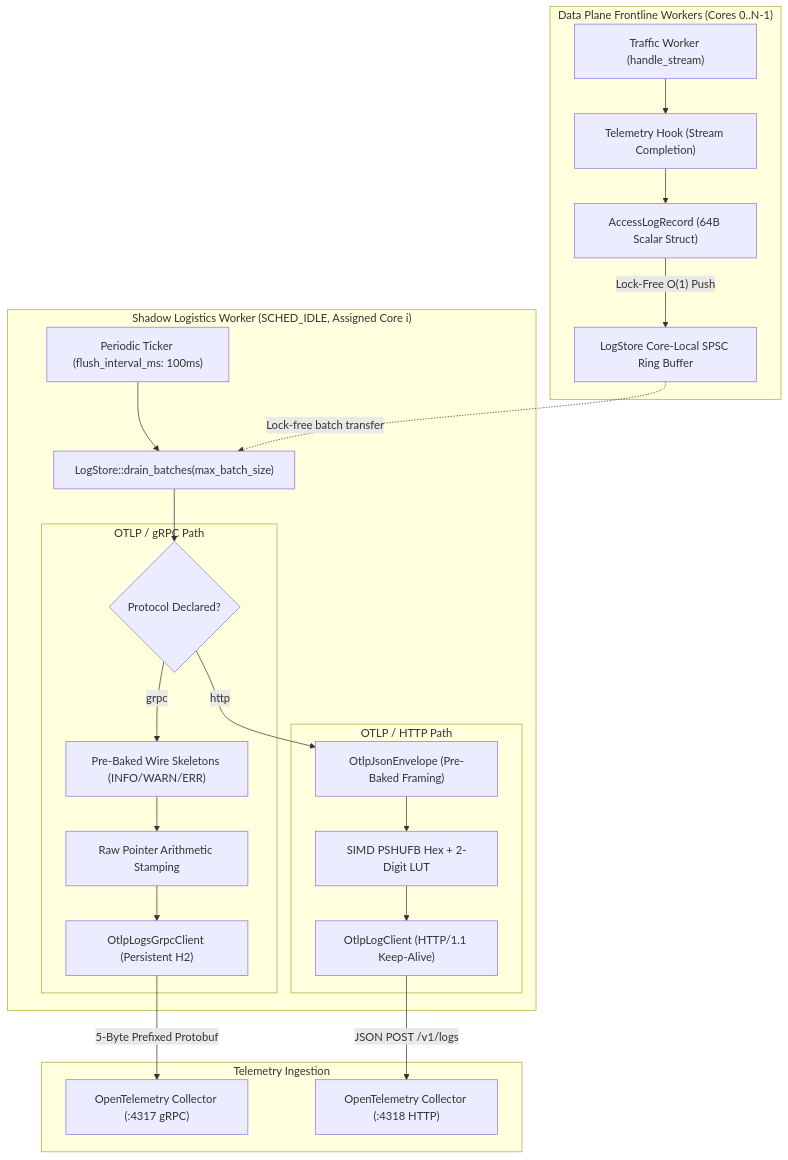
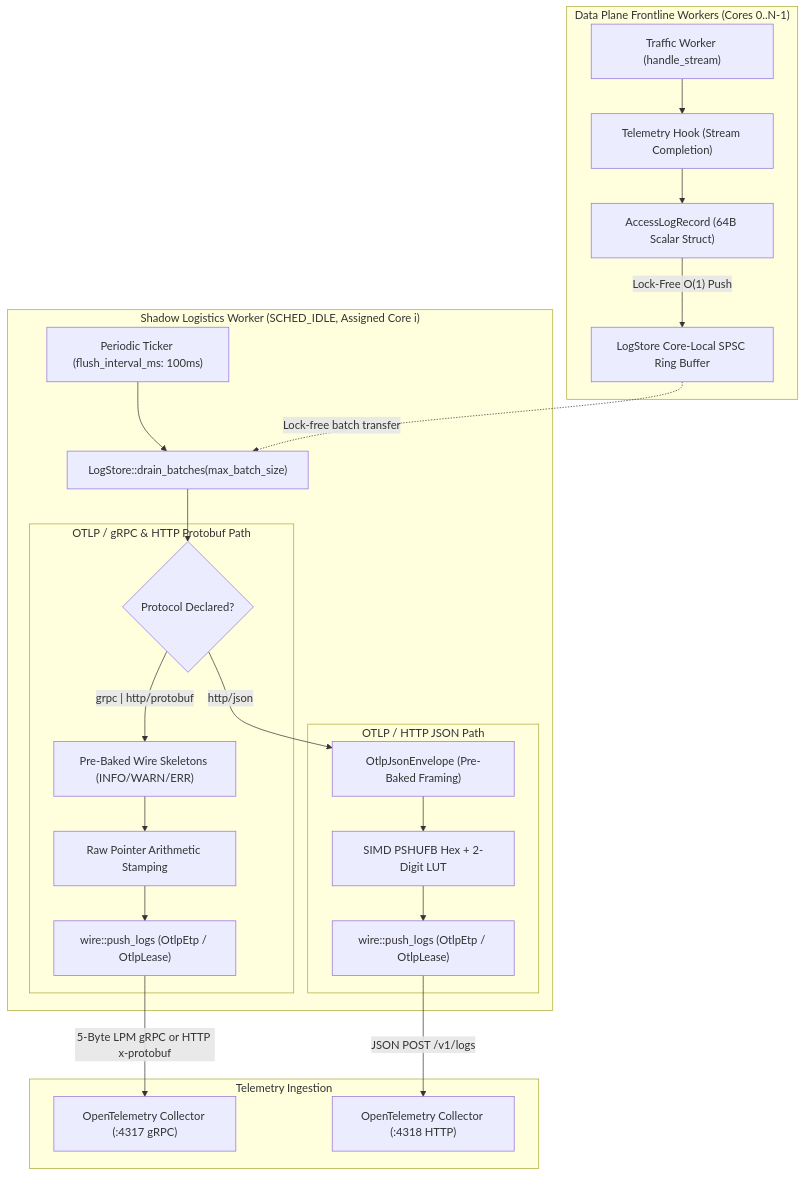
One commit to phucle996/velda-edge changed the diagram in crates/velda-plugin/src/background/otlp_log_shipper/ARCHITECTURE.md. Above: the diagram before and after it, drawn with Mermaid. The commit also changed other lines of this file and 106 other files, not shown here.

````diff
--- a/crates/velda-plugin/src/background/otlp_log_shipper/ARCHITECTURE.md
+++ b/crates/velda-plugin/src/background/otlp_log_shipper/ARCHITECTURE.md
@@ -19,48 +19,48 @@
 ```mermaid
 flowchart TD
     subgraph DataPlane["Data Plane Frontline Workers (Cores 0..N-1)"]
         FW["Traffic Worker (handle_stream)"]
         HOOK["Telemetry Hook (Stream Completion)"]
         RECORD["AccessLogRecord (64B Scalar Struct)"]
         RING["LogStore Core-Local SPSC Ring Buffer"]
 
         FW --> HOOK
         HOOK --> RECORD
         RECORD -->|"Lock-Free O(1) Push"| RING
     end
 
     subgraph ShadowWorker["Shadow Logistics Worker (SCHED_IDLE, Assigned Core i)"]
         LOOP["Periodic Ticker (flush_interval_ms: 100ms)"]
         DRAIN["LogStore::drain_batches(max_batch_size)"]
         MODE{"Protocol Declared?"}
 
         LOOP --> DRAIN
         RING -.->|"Lock-free batch transfer"| DRAIN
         DRAIN --> MODE
 
-        subgraph GrpcEngine["OTLP / gRPC Path"]
+        subgraph GrpcEngine["OTLP / gRPC & HTTP Protobuf Path"]
             PROTO_SKELETON["Pre-Baked Wire Skeletons (INFO/WARN/ERR)"]
             RAW_STAMP["Raw Pointer Arithmetic Stamping"]
-            H2_CLIENT["OtlpLogsGrpcClient (Persistent H2)"]
-            MODE -->|"grpc"| PROTO_SKELETON
+            WIRE_TX["wire::push_logs (OtlpEtp / OtlpLease)"]
+            MODE -->|"grpc | http/protobuf"| PROTO_SKELETON
             PROTO_SKELETON --> RAW_STAMP
-            RAW_STAMP --> H2_CLIENT
+            RAW_STAMP --> WIRE_TX
         end
 
-        subgraph HttpEngine["OTLP / HTTP Path"]
+        subgraph HttpEngine["OTLP / HTTP JSON Path"]
             JSON_ENV["OtlpJsonEnvelope (Pre-Baked Framing)"]
             LUT["SIMD PSHUFB Hex + 2-Digit LUT"]
-            HTTP_CLIENT["OtlpLogClient (HTTP/1.1 Keep-Alive)"]
-            MODE -->|"http"| JSON_ENV
+            WIRE_HTTP["wire::push_logs (OtlpEtp / OtlpLease)"]
+            MODE -->|"http/json"| JSON_ENV
             JSON_ENV --> LUT
-            LUT --> HTTP_CLIENT
+            LUT --> WIRE_HTTP
         end
     end
 
     subgraph Collector["Telemetry Ingestion"]
         OTEL_GRPC["OpenTelemetry Collector (:4317 gRPC)"]
         OTEL_HTTP["OpenTelemetry Collector (:4318 HTTP)"]
-        H2_CLIENT -->|"5-Byte Prefixed Protobuf"| OTEL_GRPC
-        HTTP_CLIENT -->|"JSON POST /v1/logs"| OTEL_HTTP
+        WIRE_TX -->|"5-Byte LPM gRPC or HTTP x-protobuf"| OTEL_GRPC
+        WIRE_HTTP -->|"JSON POST /v1/logs"| OTEL_HTTP
     end
 ```
````
